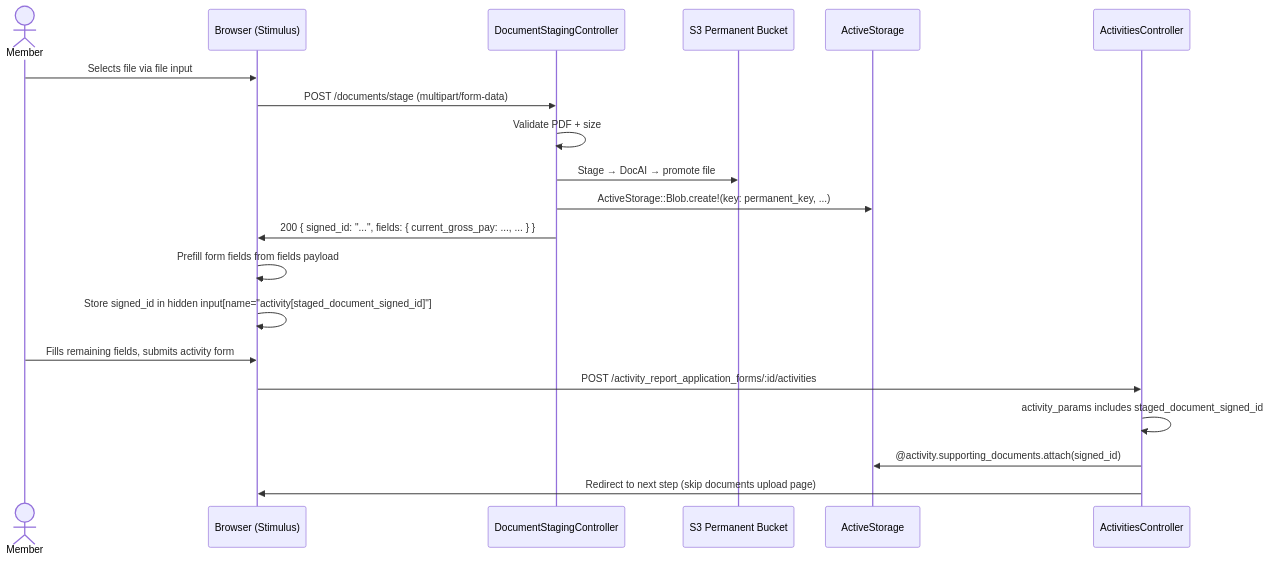
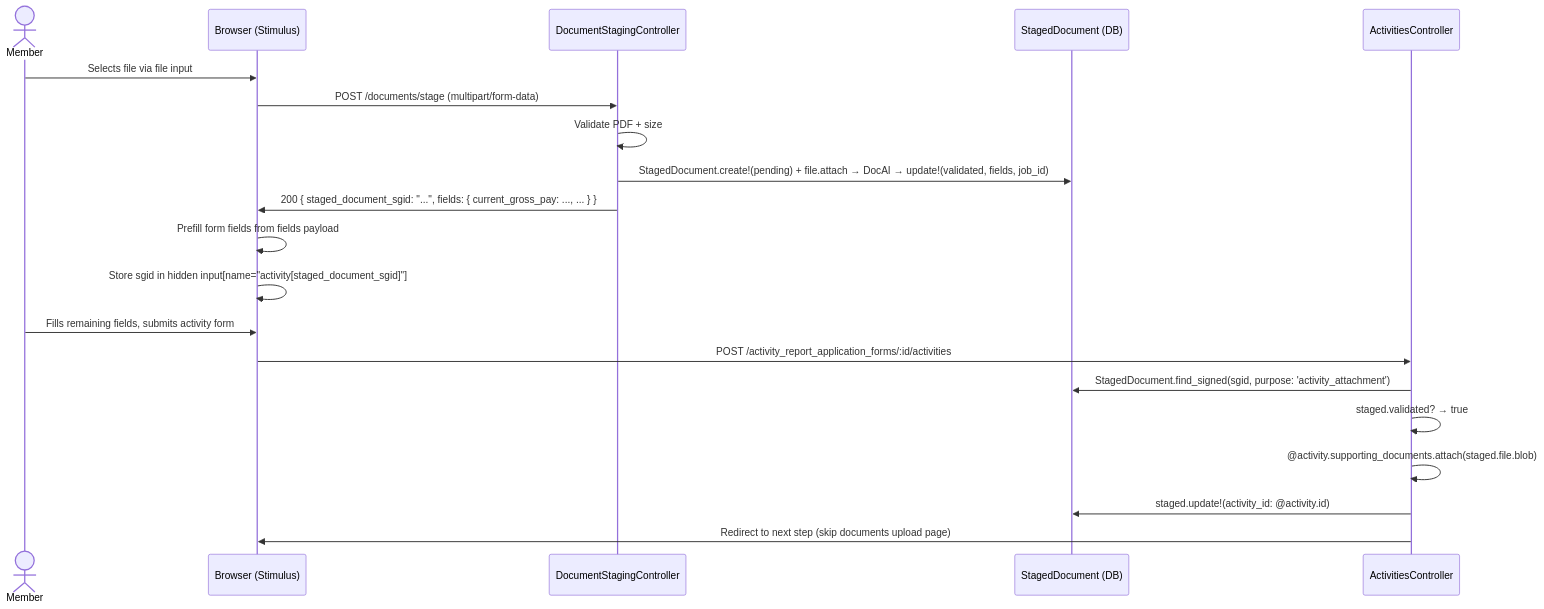
The third of 7 diagrams in docs/architecture/doc-ai-integration/doc-ai-api.md (navapbc/oscer), drawn with Mermaid before and after one commit. The commit also changed other lines of this file, not shown here.

Commit message:
Update to use Rails model and controller for staging documents

````diff
--- a/docs/architecture/doc-ai-integration/doc-ai-api.md
+++ b/docs/architecture/doc-ai-integration/doc-ai-api.md
@@ -151,24 +153,24 @@
 ```mermaid
 sequenceDiagram
     actor Member
     participant UI as Browser (Stimulus)
     participant Staging as DocumentStagingController
-    participant S3P as S3 Permanent Bucket
-    participant AS as ActiveStorage
+    participant DB as StagedDocument (DB)
     participant Activities as ActivitiesController
 
     Member->>UI: Selects file via file input
     UI->>Staging: POST /documents/stage (multipart/form-data)
     Staging->>Staging: Validate PDF + size
-    Staging->>S3P: Stage → DocAI → promote file
-    Staging->>AS: ActiveStorage::Blob.create!(key: permanent_key, ...)
-    Staging->>UI: 200 { signed_id: "...", fields: { current_gross_pay: ..., ... } }
+    Staging->>DB: StagedDocument.create!(pending) + file.attach → DocAI → update!(validated, fields, job_id)
+    Staging->>UI: 200 { staged_document_sgid: "...", fields: { current_gross_pay: ..., ... } }
     UI->>UI: Prefill form fields from fields payload
-    UI->>UI: Store signed_id in hidden input[name="activity[staged_document_signed_id]"]
+    UI->>UI: Store sgid in hidden input[name="activity[staged_document_sgid]"]
 
     Member->>UI: Fills remaining fields, submits activity form
     UI->>Activities: POST /activity_report_application_forms/:id/activities
-    Activities->>Activities: activity_params includes staged_document_signed_id
-    Activities->>AS: @activity.supporting_documents.attach(signed_id)
+    Activities->>DB: StagedDocument.find_signed(sgid, purpose: 'activity_attachment')
+    Activities->>Activities: staged.validated? → true
+    Activities->>Activities: @activity.supporting_documents.attach(staged.file.blob)
+    Activities->>DB: staged.update!(activity_id: @activity.id)
     Activities->>UI: Redirect to next step (skip documents upload page)
 ```
````
